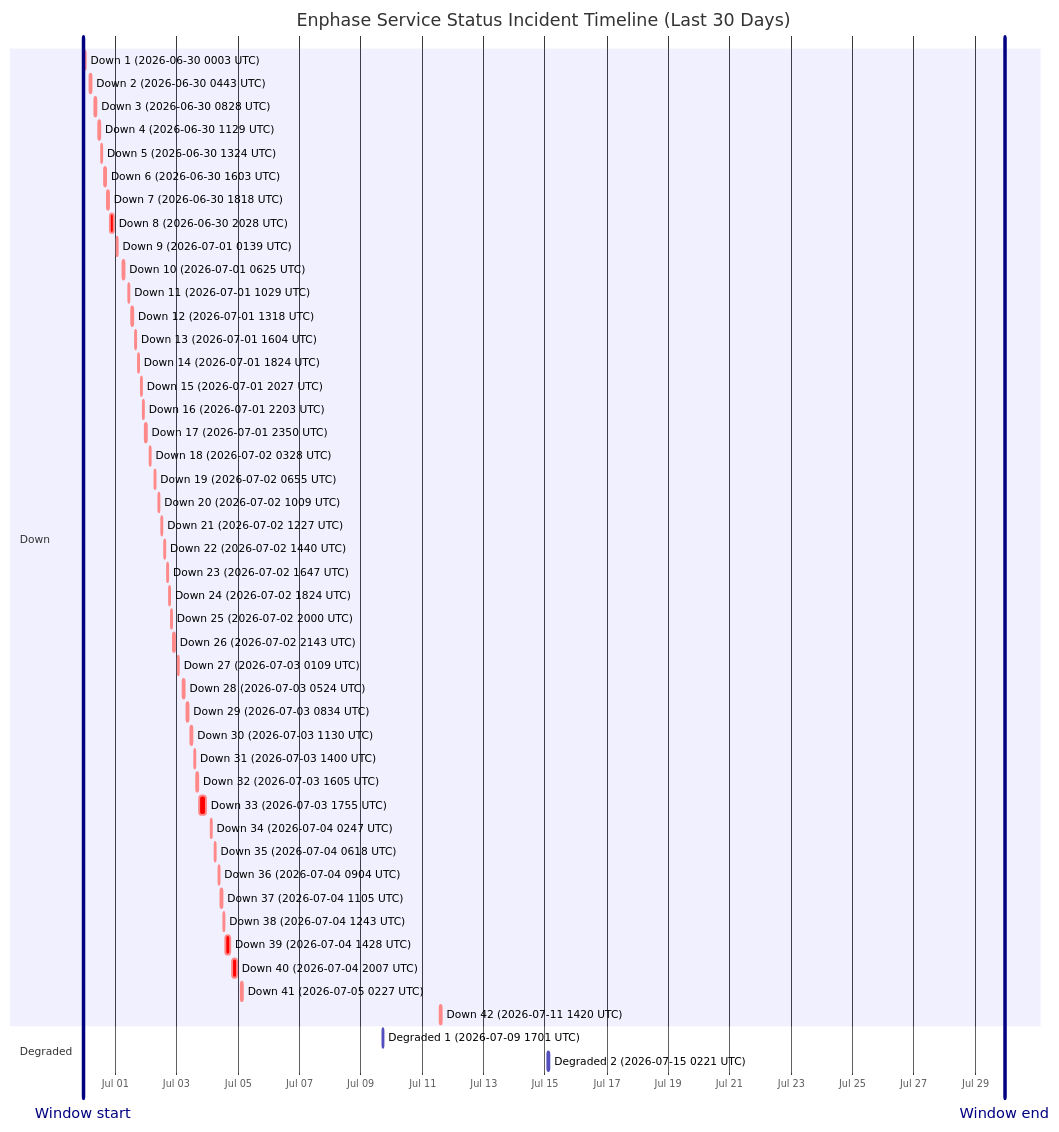
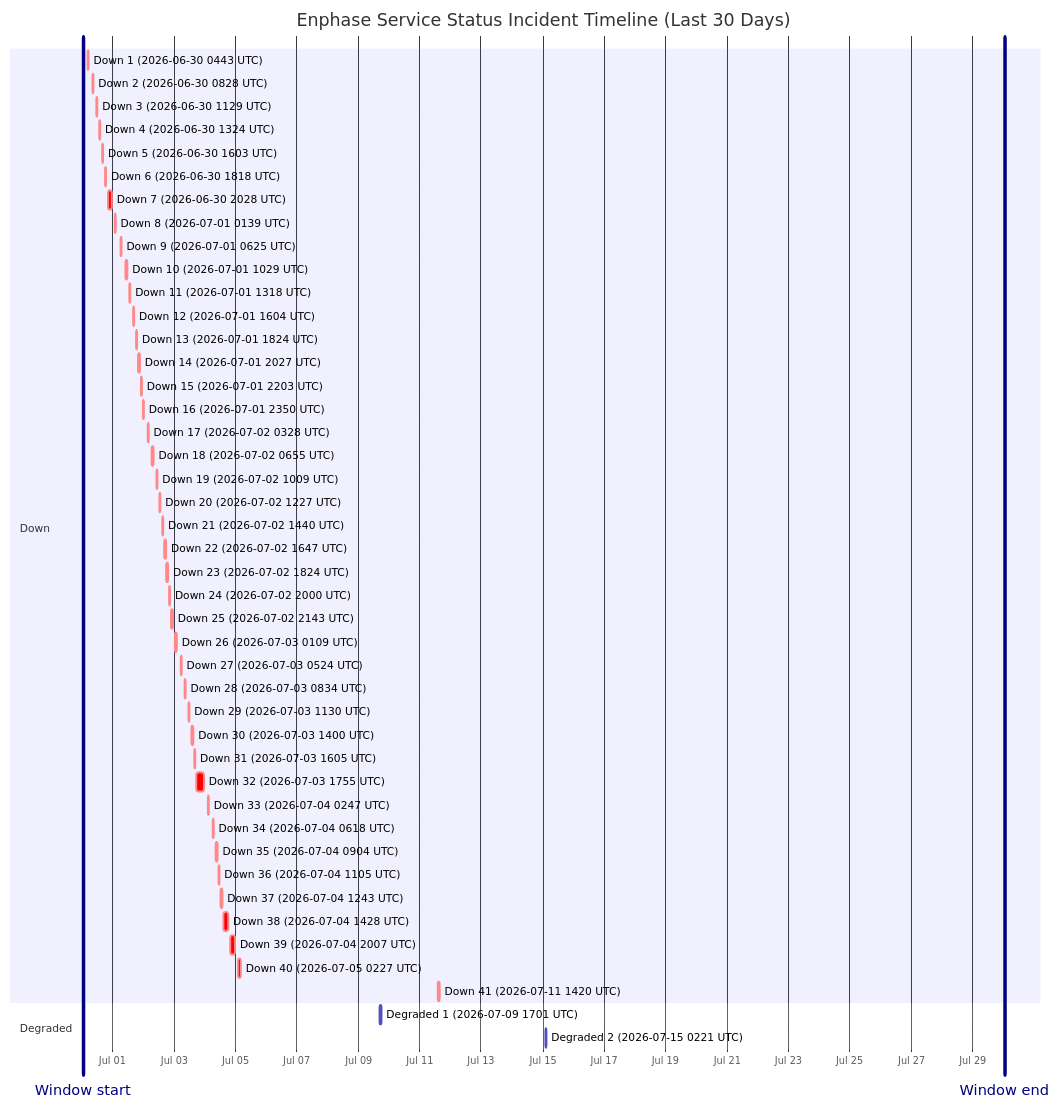
The diagram in wiki/Service-Status-History.md (barneyonline/ha-enphase-energy), drawn with Mermaid before and after one commit. The commit also changed other lines of this file and 3 other files, not shown here.

````diff
--- a/wiki/Service-Status-History.md
+++ b/wiki/Service-Status-History.md
@@ -14,54 +14,53 @@
 ```mermaid
 gantt
     title Enphase Service Status Incident Timeline (Last 30 Days)
     dateFormat  YYYY-MM-DDTHH:mm:ss
     axisFormat  %b %d
-    Window start :vert, window-start, 2026-06-29T23:05:56, 0ms
-    Window end :vert, window-end, 2026-07-29T23:05:56, 0ms
+    Window start :vert, window-start, 2026-06-30T00:53:52, 0ms
+    Window end :vert, window-end, 2026-07-30T00:53:52, 0ms
     section Down
-    Down 1 (2026-06-30 0003 UTC) :crit, down-1, 2026-06-30T00:03:59, 60m
-    Down 2 (2026-06-30 0443 UTC) :crit, down-2, 2026-06-30T04:43:54, 60m
-    Down 3 (2026-06-30 0828 UTC) :crit, down-3, 2026-06-30T08:28:43, 60m
-    Down 4 (2026-06-30 1129 UTC) :crit, down-4, 2026-06-30T11:29:15, 60m
-    Down 5 (2026-06-30 1324 UTC) :crit, down-5, 2026-06-30T13:24:25, 60m
-    Down 6 (2026-06-30 1603 UTC) :crit, down-6, 2026-06-30T16:03:26, 60m
-    Down 7 (2026-06-30 1818 UTC) :crit, down-7, 2026-06-30T18:18:39, 60m
-    Down 8 (2026-06-30 2028 UTC) :crit, down-8, 2026-06-30T20:28:54, 171m
-    Down 9 (2026-07-01 0139 UTC) :crit, down-9, 2026-07-01T01:39:18, 60m
-    Down 10 (2026-07-01 0625 UTC) :crit, down-10, 2026-07-01T06:25:35, 60m
-    Down 11 (2026-07-01 1029 UTC) :crit, down-11, 2026-07-01T10:29:24, 60m
-    Down 12 (2026-07-01 1318 UTC) :crit, down-12, 2026-07-01T13:18:31, 60m
-    Down 13 (2026-07-01 1604 UTC) :crit, down-13, 2026-07-01T16:04:29, 60m
-    Down 14 (2026-07-01 1824 UTC) :crit, down-14, 2026-07-01T18:24:21, 60m
-    Down 15 (2026-07-01 2027 UTC) :crit, down-15, 2026-07-01T20:27:17, 60m
-    Down 16 (2026-07-01 2203 UTC) :crit, down-16, 2026-07-01T22:03:46, 60m
-    Down 17 (2026-07-01 2350 UTC) :crit, down-17, 2026-07-01T23:50:52, 60m
-    Down 18 (2026-07-02 0328 UTC) :crit, down-18, 2026-07-02T03:28:33, 60m
-    Down 19 (2026-07-02 0655 UTC) :crit, down-19, 2026-07-02T06:55:07, 60m
-    Down 20 (2026-07-02 1009 UTC) :crit, down-20, 2026-07-02T10:09:15, 60m
-    Down 21 (2026-07-02 1227 UTC) :crit, down-21, 2026-07-02T12:27:49, 60m
-    Down 22 (2026-07-02 1440 UTC) :crit, down-22, 2026-07-02T14:40:53, 60m
-    Down 23 (2026-07-02 1647 UTC) :crit, down-23, 2026-07-02T16:47:47, 60m
-    Down 24 (2026-07-02 1824 UTC) :crit, down-24, 2026-07-02T18:24:26, 60m
-    Down 25 (2026-07-02 2000 UTC) :crit, down-25, 2026-07-02T20:00:57, 60m
-    Down 26 (2026-07-02 2143 UTC) :crit, down-26, 2026-07-02T21:43:52, 80m
-    Down 27 (2026-07-03 0109 UTC) :crit, down-27, 2026-07-03T01:09:19, 60m
-    Down 28 (2026-07-03 0524 UTC) :crit, down-28, 2026-07-03T05:24:23, 60m
-    Down 29 (2026-07-03 0834 UTC) :crit, down-29, 2026-07-03T08:34:05, 60m
-    Down 30 (2026-07-03 1130 UTC) :crit, down-30, 2026-07-03T11:30:41, 60m
-    Down 31 (2026-07-03 1400 UTC) :crit, down-31, 2026-07-03T14:00:48, 60m
-    Down 32 (2026-07-03 1605 UTC) :crit, down-32, 2026-07-03T16:05:49, 60m
-    Down 33 (2026-07-03 1755 UTC) :crit, down-33, 2026-07-03T17:55:54, 338m
-    Down 34 (2026-07-04 0247 UTC) :crit, down-34, 2026-07-04T02:47:22, 60m
-    Down 35 (2026-07-04 0618 UTC) :crit, down-35, 2026-07-04T06:18:09, 60m
-    Down 36 (2026-07-04 0904 UTC) :crit, down-36, 2026-07-04T09:04:41, 60m
-    Down 37 (2026-07-04 1105 UTC) :crit, down-37, 2026-07-04T11:05:21, 60m
-    Down 38 (2026-07-04 1243 UTC) :crit, down-38, 2026-07-04T12:43:25, 60m
-    Down 39 (2026-07-04 1428 UTC) :crit, down-39, 2026-07-04T14:28:07, 243m
-    Down 40 (2026-07-04 2007 UTC) :crit, down-40, 2026-07-04T20:07:50, 206m
-    Down 41 (2026-07-05 0227 UTC) :crit, down-41, 2026-07-05T02:27:32, 109m
-    Down 42 (2026-07-11 1420 UTC) :crit, down-42, 2026-07-11T14:20:54, 69m
+    Down 1 (2026-06-30 0443 UTC) :crit, down-1, 2026-06-30T04:43:54, 60m
+    Down 2 (2026-06-30 0828 UTC) :crit, down-2, 2026-06-30T08:28:43, 60m
+    Down 3 (2026-06-30 1129 UTC) :crit, down-3, 2026-06-30T11:29:15, 60m
+    Down 4 (2026-06-30 1324 UTC) :crit, down-4, 2026-06-30T13:24:25, 60m
+    Down 5 (2026-06-30 1603 UTC) :crit, down-5, 2026-06-30T16:03:26, 60m
+    Down 6 (2026-06-30 1818 UTC) :crit, down-6, 2026-06-30T18:18:39, 60m
+    Down 7 (2026-06-30 2028 UTC) :crit, down-7, 2026-06-30T20:28:54, 171m
+    Down 8 (2026-07-01 0139 UTC) :crit, down-8, 2026-07-01T01:39:18, 60m
+    Down 9 (2026-07-01 0625 UTC) :crit, down-9, 2026-07-01T06:25:35, 60m
+    Down 10 (2026-07-01 1029 UTC) :crit, down-10, 2026-07-01T10:29:24, 60m
+    Down 11 (2026-07-01 1318 UTC) :crit, down-11, 2026-07-01T13:18:31, 60m
+    Down 12 (2026-07-01 1604 UTC) :crit, down-12, 2026-07-01T16:04:29, 60m
+    Down 13 (2026-07-01 1824 UTC) :crit, down-13, 2026-07-01T18:24:21, 60m
+    Down 14 (2026-07-01 2027 UTC) :crit, down-14, 2026-07-01T20:27:17, 60m
+    Down 15 (2026-07-01 2203 UTC) :crit, down-15, 2026-07-01T22:03:46, 60m
+    Down 16 (2026-07-01 2350 UTC) :crit, down-16, 2026-07-01T23:50:52, 60m
+    Down 17 (2026-07-02 0328 UTC) :crit, down-17, 2026-07-02T03:28:33, 60m
+    Down 18 (2026-07-02 0655 UTC) :crit, down-18, 2026-07-02T06:55:07, 60m
+    Down 19 (2026-07-02 1009 UTC) :crit, down-19, 2026-07-02T10:09:15, 60m
+    Down 20 (2026-07-02 1227 UTC) :crit, down-20, 2026-07-02T12:27:49, 60m
+    Down 21 (2026-07-02 1440 UTC) :crit, down-21, 2026-07-02T14:40:53, 60m
+    Down 22 (2026-07-02 1647 UTC) :crit, down-22, 2026-07-02T16:47:47, 60m
+    Down 23 (2026-07-02 1824 UTC) :crit, down-23, 2026-07-02T18:24:26, 60m
+    Down 24 (2026-07-02 2000 UTC) :crit, down-24, 2026-07-02T20:00:57, 60m
+    Down 25 (2026-07-02 2143 UTC) :crit, down-25, 2026-07-02T21:43:52, 80m
+    Down 26 (2026-07-03 0109 UTC) :crit, down-26, 2026-07-03T01:09:19, 60m
+    Down 27 (2026-07-03 0524 UTC) :crit, down-27, 2026-07-03T05:24:23, 60m
+    Down 28 (2026-07-03 0834 UTC) :crit, down-28, 2026-07-03T08:34:05, 60m
+    Down 29 (2026-07-03 1130 UTC) :crit, down-29, 2026-07-03T11:30:41, 60m
+    Down 30 (2026-07-03 1400 UTC) :crit, down-30, 2026-07-03T14:00:48, 60m
+    Down 31 (2026-07-03 1605 UTC) :crit, down-31, 2026-07-03T16:05:49, 60m
+    Down 32 (2026-07-03 1755 UTC) :crit, down-32, 2026-07-03T17:55:54, 338m
+    Down 33 (2026-07-04 0247 UTC) :crit, down-33, 2026-07-04T02:47:22, 60m
+    Down 34 (2026-07-04 0618 UTC) :crit, down-34, 2026-07-04T06:18:09, 60m
+    Down 35 (2026-07-04 0904 UTC) :crit, down-35, 2026-07-04T09:04:41, 60m
+    Down 36 (2026-07-04 1105 UTC) :crit, down-36, 2026-07-04T11:05:21, 60m
+    Down 37 (2026-07-04 1243 UTC) :crit, down-37, 2026-07-04T12:43:25, 60m
+    Down 38 (2026-07-04 1428 UTC) :crit, down-38, 2026-07-04T14:28:07, 243m
+    Down 39 (2026-07-04 2007 UTC) :crit, down-39, 2026-07-04T20:07:50, 206m
+    Down 40 (2026-07-05 0227 UTC) :crit, down-40, 2026-07-05T02:27:32, 109m
+    Down 41 (2026-07-11 1420 UTC) :crit, down-41, 2026-07-11T14:20:54, 69m
     section Degraded
     Degraded 1 (2026-07-09 1701 UTC) :active, degraded-1, 2026-07-09T17:01:02, 60m
     Degraded 2 (2026-07-15 0221 UTC) :active, degraded-2, 2026-07-15T02:21:35, 60m
 ```
````
